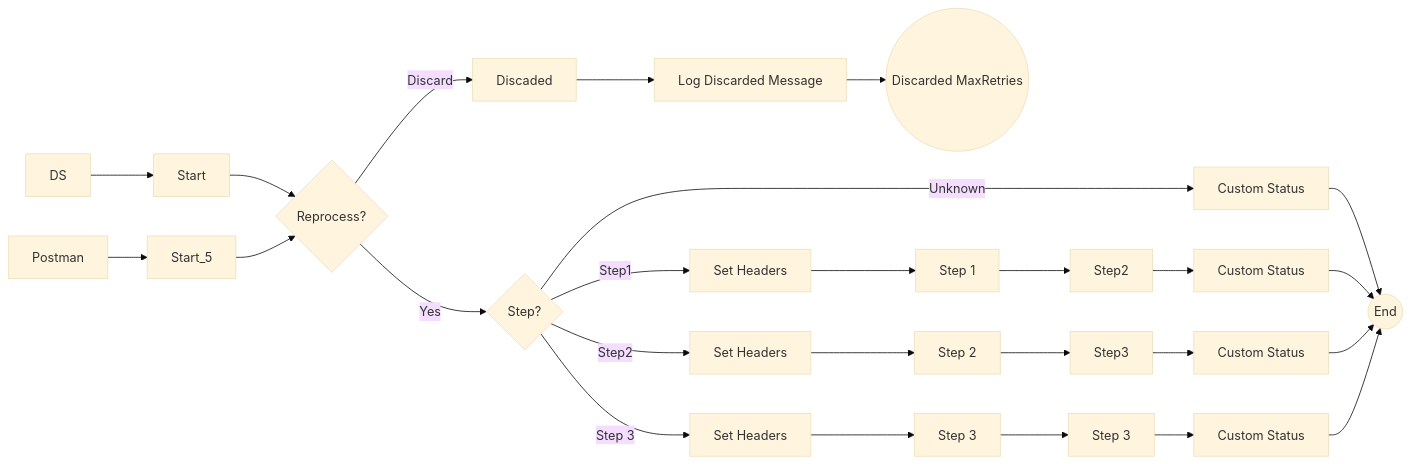
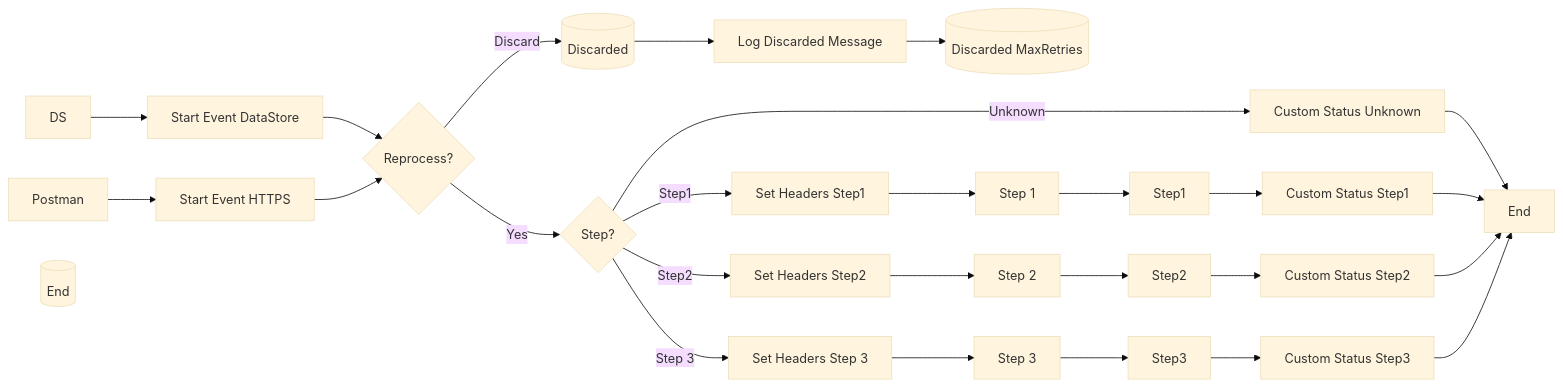
One commit to Avvale-IA-CICD/AvvaleCPI changed the diagram in MMZ - Cell Iflows/SEDA_Model_-_Single_DS_-_Restart_and_Discard_MMZ-1.0.0/readme.md. Above: the diagram before and after it, drawn with Mermaid (base theme). The commit also changed other lines of this file, not shown here.

Commit message:
Add/update documentation for SEDA_Model_-_Single_DS_-_Restart_and_Discard_MMZ v1.0.0

````diff
--- a/MMZ - Cell Iflows/SEDA_Model_-_Single_DS_-_Restart_and_Discard_MMZ-1.0.0/readme.md
+++ b/MMZ - Cell Iflows/SEDA_Model_-_Single_DS_-_Restart_and_Discard_MMZ-1.0.0/readme.md
@@ -4,34 +4,29 @@
 ```mermaid
 graph LR
-    Postman --> HTTPS[Start_5]
-    DS --> DataStore[Start]
-    DataStore --> Reprocess{Reprocess?}
+    Postman --> HTTPS[Start Event HTTPS]
+    DS --> DataStoreConsumer[Start Event DataStore]
+    DataStoreConsumer --> Reprocess{Reprocess?}
     HTTPS --> Reprocess
-
-    Reprocess -- Yes --> StepDecision{Step?}
-    Reprocess -- Discard --> Discarded[Discaded]
+    Reprocess -- Yes --> StepCheck{Step?}
+    Reprocess -- Discard --> Discarded[(Discarded)]
     Discarded --> LogDiscarded[Log Discarded Message]
-    LogDiscarded --> DiscardedMaxRetries((Discarded MaxRetries))
-
-    StepDecision -- Step1 --> SetHeaders1[Set Headers]
-    StepDecision -- Step2 --> SetHeaders2[Set Headers]
-    StepDecision -- Step 3 --> SetHeaders3[Set Headers]
-    StepDecision -- Unknown --> UnknownStep[Custom Status]
-    UnknownStep --> End((End))
-
+    LogDiscarded --> DiscardedMaxRetries[(Discarded MaxRetries)]
+    StepCheck -- Step1 --> SetHeaders1[Set Headers Step1]
+    StepCheck -- Step2 --> SetHeaders2[Set Headers Step2]
+    StepCheck -- Step 3 --> SetHeaders3[Set Headers Step 3]
+    StepCheck -- Unknown --> UnknownStep[Custom Status Unknown]
+    UnknownStep --> End
     SetHeaders1 --> Step1[Step 1]
     SetHeaders2 --> Step2[Step 2]
     SetHeaders3 --> Step3[Step 3]
-
-    Step1 --> Step2DB[Step2]
-    Step2DB --> CustomStatus1[Custom Status]
+    Step1 --> DBStorage1[Step1]
+    Step2 --> DBStorage2[Step2]
+    Step3 --> DBStorage3[Step3]
+    DBStorage1 --> CustomStatus1[Custom Status Step1]
+    DBStorage2 --> CustomStatus2[Custom Status Step2]
+    DBStorage3 --> CustomStatus3[Custom Status Step3]
     CustomStatus1 --> End
-
-    Step2 --> Step3DB[Step3]
-    Step3DB --> CustomStatus2[Custom Status]
     CustomStatus2 --> End
-
-    Step3 --> Step3Call[Step 3]
-    Step3Call --> CustomStatus3[Custom Status]
     CustomStatus3 --> End
+    EndEvent[(End)]
 ```
````
